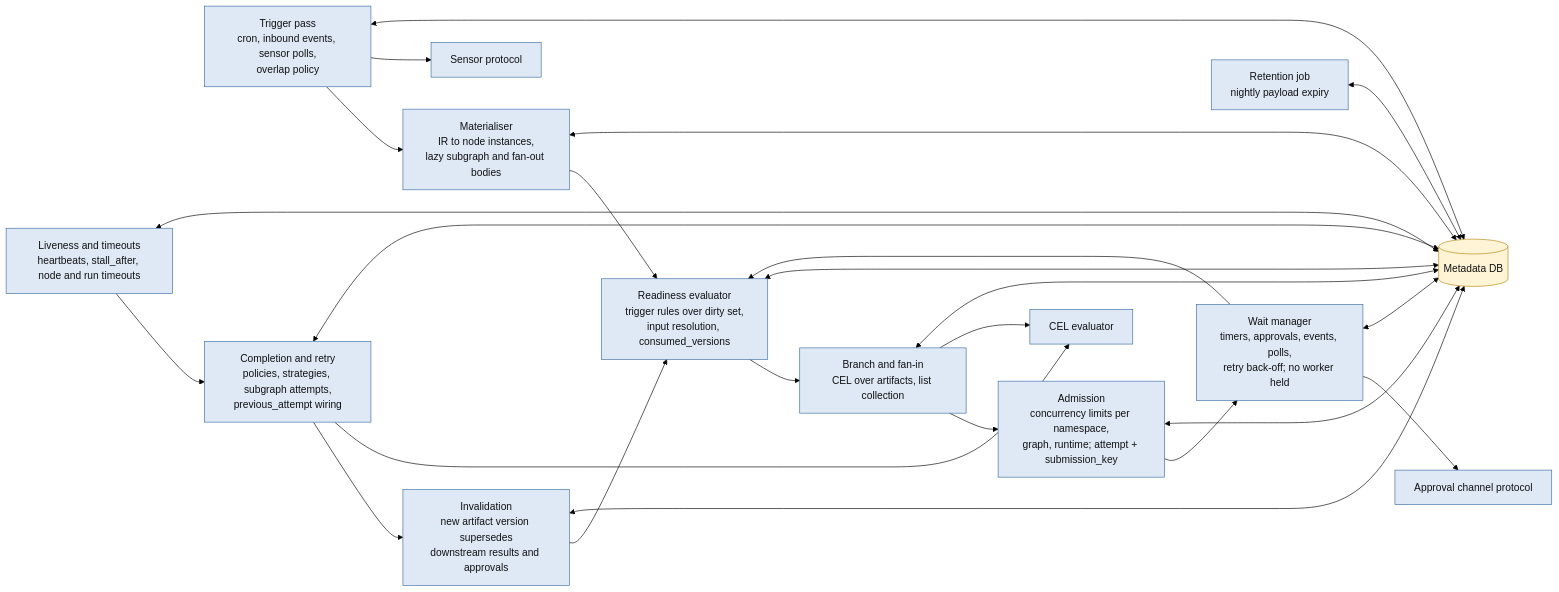
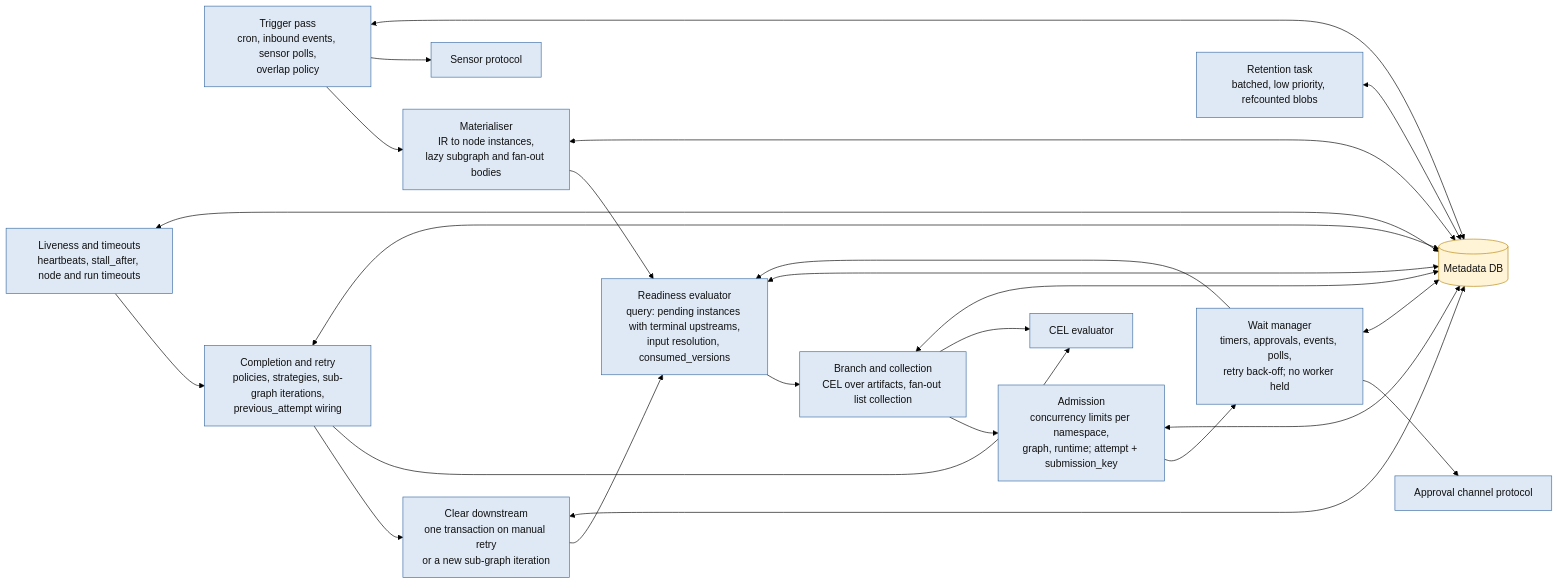
The third of 6 diagrams in docs/design/architecture.md (klukashka/kora), drawn with Mermaid (forest theme) before and after one commit. The commit also changed other lines of this file and 11 other files, not shown here.

````diff
--- a/docs/design/architecture.md
+++ b/docs/design/architecture.md
@@ -125,30 +125,30 @@
 ```mermaid
 flowchart LR
     classDef c fill:#dfe9f5,stroke:#3b6ea5,color:#111
     classDef store fill:#fff4d6,stroke:#b8860b,color:#111
 
     DB[(Metadata DB)]:::store
     T[Trigger pass<br/>cron, inbound events, sensor polls,<br/>overlap policy]:::c
     M[Materialiser<br/>IR to node instances,<br/>lazy subgraph and fan-out bodies]:::c
-    R[Readiness evaluator<br/>trigger rules over dirty set,<br/>input resolution, consumed_versions]:::c
-    B[Branch and fan-in<br/>CEL over artifacts, list collection]:::c
+    R[Readiness evaluator<br/>query: pending instances with terminal upstreams,<br/>input resolution, consumed_versions]:::c
+    B[Branch and collection<br/>CEL over artifacts, fan-out list collection]:::c
     A[Admission<br/>concurrency limits per namespace,<br/>graph, runtime; attempt + submission_key]:::c
     W[Wait manager<br/>timers, approvals, events, polls,<br/>retry back-off; no worker held]:::c
     L[Liveness and timeouts<br/>heartbeats, stall_after, node and run timeouts]:::c
-    C[Completion and retry<br/>policies, strategies, subgraph attempts,<br/>previous_attempt wiring]:::c
-    I[Invalidation<br/>new artifact version supersedes<br/>downstream results and approvals]:::c
-    RET[Retention job<br/>nightly payload expiry]:::c
+    C[Completion and retry<br/>policies, strategies, sub-graph iterations,<br/>previous_attempt wiring]:::c
+    I[Clear downstream<br/>one transaction on manual retry<br/>or a new sub-graph iteration]:::c
+    RET[Retention task<br/>batched, low priority, refcounted blobs]:::c
     CEL[CEL evaluator]:::c
     SEN[Sensor protocol]:::c
     APR[Approval channel protocol]:::c
 
     T --> M --> R --> B --> A
     A --> W
     W --> R
     L --> C --> I --> R
     T --> SEN
     W --> APR
     B --> CEL
     C --> CEL
     T & M & R & B & A & W & L & C & I & RET <--> DB
 ```
````
